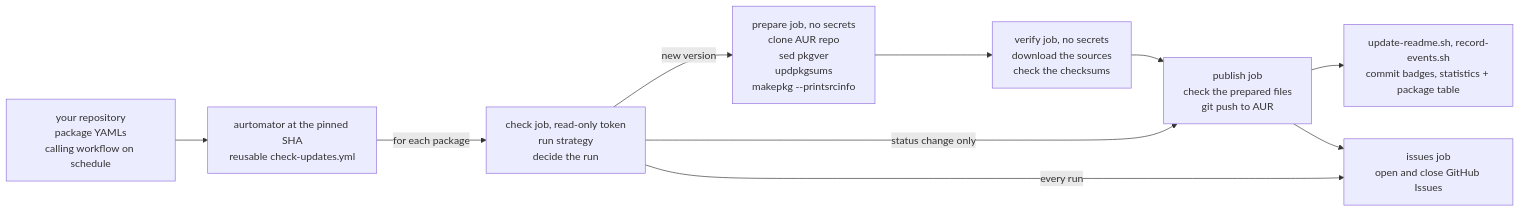
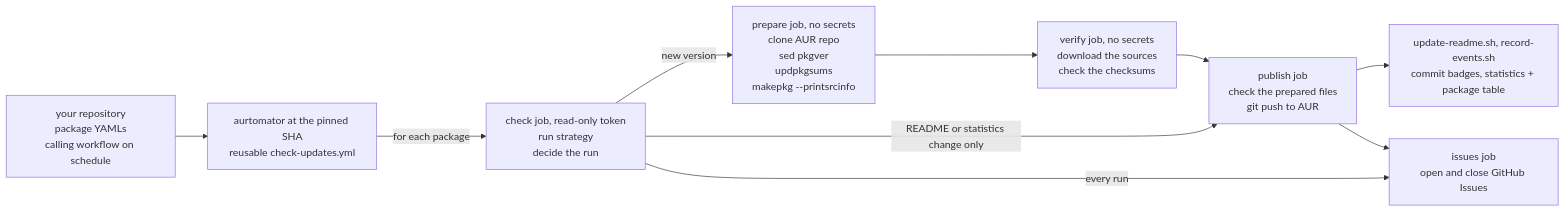
The diagram in README.md (staticwire/aurtomator), drawn with Mermaid before and after one commit. The commit also changed other lines of this file and 17 other files, not shown here.

````diff
--- a/README.md
+++ b/README.md
@@ -10,12 +10,12 @@
 ```mermaid
 graph LR
     U[your repository<br/>package YAMLs<br/>calling workflow on schedule] --> R[aurtomator at the pinned SHA<br/>reusable check-updates.yml]
     R -->|for each package| K[check job, read-only token<br/>run strategy<br/>decide the run]
     K -->|new version| B[prepare job, no secrets<br/>clone AUR repo<br/>sed pkgver<br/>updpkgsums<br/>makepkg --printsrcinfo]
     B --> V[verify job, no secrets<br/>download the sources<br/>check the checksums]
     V --> C[publish job<br/>check the prepared files<br/>git push to AUR]
-    K -->|status change only| C
+    K -->|README or statistics change only| C
     C --> E[update-readme.sh, record-events.sh<br/>commit badges, statistics + package table]
     K -->|every run| D[issues job<br/>open and close GitHub Issues]
     C --> D
 ```
````
